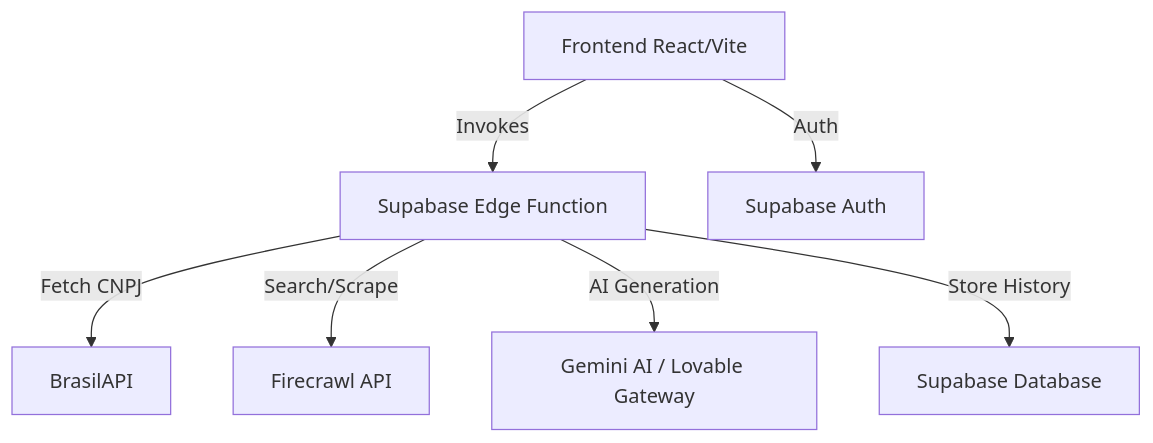
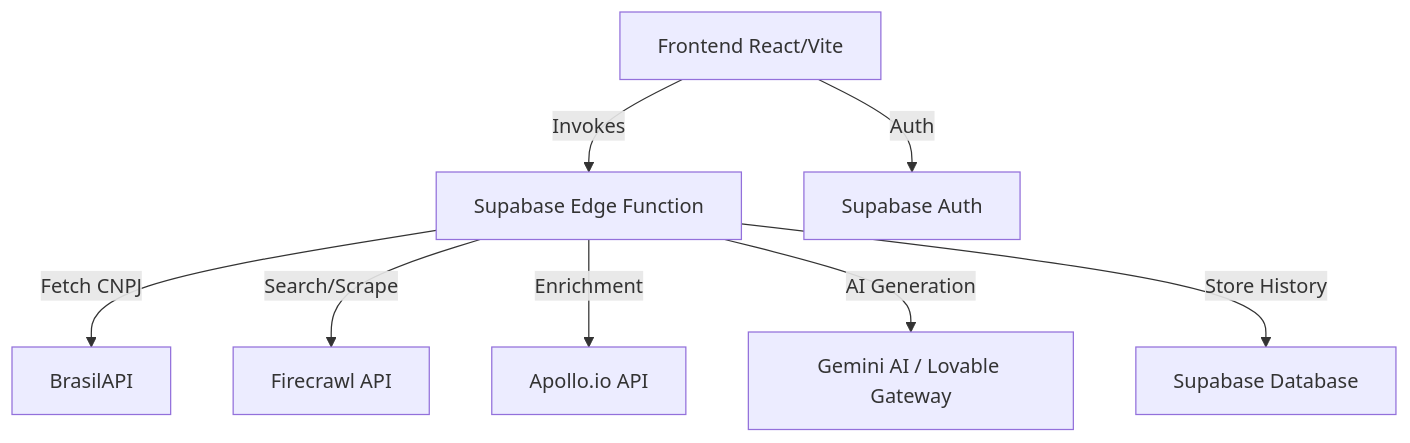
One commit to IaraHaizer/enriquecedorb2b changed the diagram in technical_documentation.md. Above: the diagram before and after it, drawn with Mermaid. The commit also changed other lines of this file and 1 other file, not shown here.

````diff
--- a/technical_documentation.md
+++ b/technical_documentation.md
@@ -6,9 +6,10 @@
 ```mermaid
 graph TD
     A[Frontend React/Vite] -->|Invokes| B[Supabase Edge Function]
     B -->|Fetch CNPJ| C[BrasilAPI]
     B -->|Search/Scrape| D[Firecrawl API]
+    B -->|Enrichment| H[Apollo.io API]
     B -->|AI Generation| E[Gemini AI / Lovable Gateway]
     B -->|Store History| F[Supabase Database]
     A -->|Auth| G[Supabase Auth]
 ```
````
